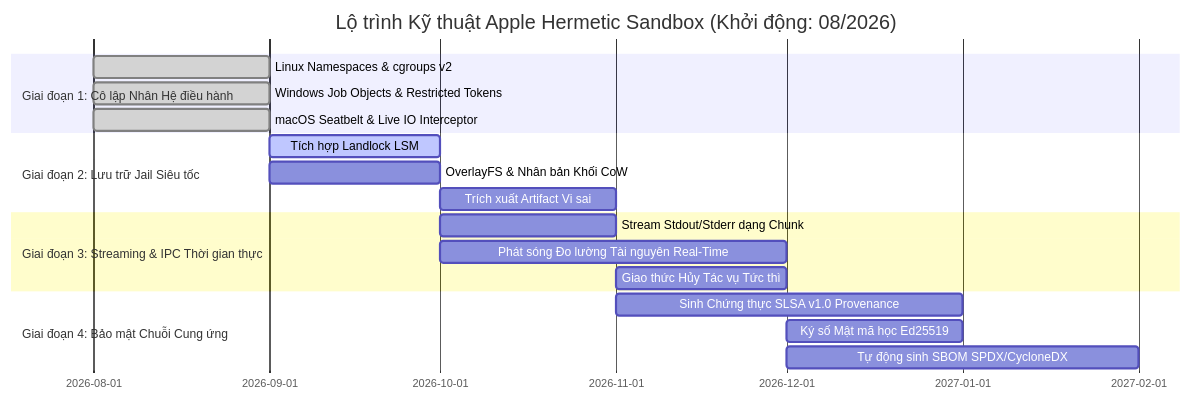
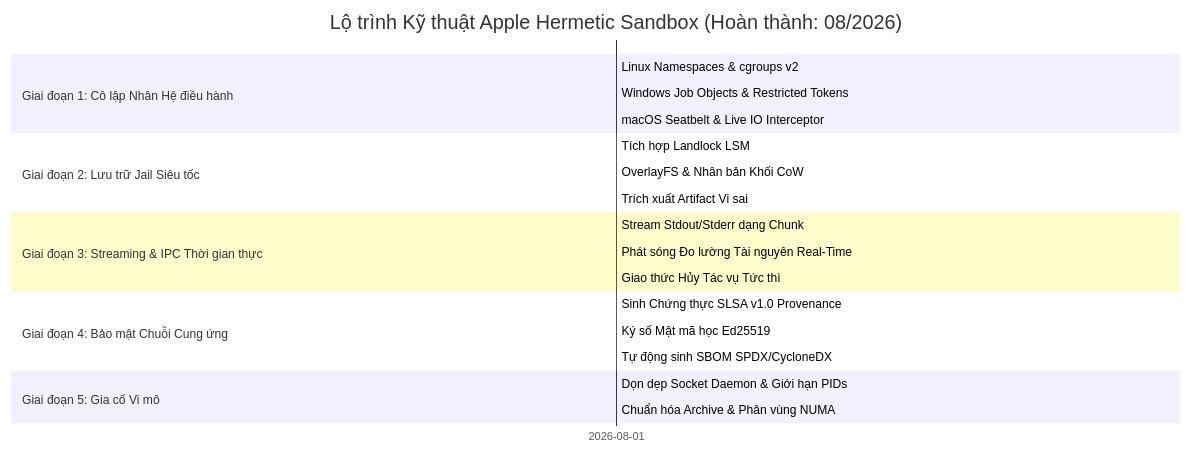
Before and after one commit to requla11/apple: the diagram in docs/vi/ROADMAP.md, drawn with Mermaid. The commit also changed other lines of this file and 4 other files, not shown here.

Commit message:
docs: mark all roadmap phases as 100% completed across all 5 languages

````diff
--- a/docs/vi/ROADMAP.md
+++ b/docs/vi/ROADMAP.md
@@ -18,21 +18,24 @@
 ```mermaid
 gantt
-    title Lộ trình Kỹ thuật Apple Hermetic Sandbox (Khởi động: 08/2026)
+    title Lộ trình Kỹ thuật Apple Hermetic Sandbox (Hoàn thành: 08/2026)
     dateFormat  YYYY-MM
     section Giai đoạn 1: Cô lập Nhân Hệ điều hành
-    Linux Namespaces & cgroups v2           :done,    des1, 2026-08, 2026-09
-    Windows Job Objects & Restricted Tokens  :done,    des2, 2026-08, 2026-09
-    macOS Seatbelt & Live IO Interceptor     :done,    des3, 2026-08, 2026-09
+    Linux Namespaces & cgroups v2           :done,    des1, 2026-08, 2026-08
+    Windows Job Objects & Restricted Tokens  :done,    des2, 2026-08, 2026-08
+    macOS Seatbelt & Live IO Interceptor     :done,    des3, 2026-08, 2026-08
     section Giai đoạn 2: Lưu trữ Jail Siêu tốc
-    Tích hợp Landlock LSM                  :active,  des4, 2026-09, 2026-10
-    OverlayFS & Nhân bản Khối CoW           :         des5, 2026-09, 2026-10
-    Trích xuất Artifact Vi sai              :         des6, 2026-10, 2026-11
+    Tích hợp Landlock LSM                  :done,    des4, 2026-08, 2026-08
+    OverlayFS & Nhân bản Khối CoW           :done,    des5, 2026-08, 2026-08
+    Trích xuất Artifact Vi sai              :done,    des6, 2026-08, 2026-08
     section Giai đoạn 3: Streaming & IPC Thời gian thực
-    Stream Stdout/Stderr dạng Chunk         :         des7, 2026-10, 2026-11
-    Phát sóng Đo lường Tài nguyên Real-Time :         des8, 2026-10, 2026-12
-    Giao thức Hủy Tác vụ Tức thì           :         des9, 2026-11, 2026-12
+    Stream Stdout/Stderr dạng Chunk         :done,    des7, 2026-08, 2026-08
+    Phát sóng Đo lường Tài nguyên Real-Time :done,    des8, 2026-08, 2026-08
+    Giao thức Hủy Tác vụ Tức thì           :done,    des9, 2026-08, 2026-08
     section Giai đoạn 4: Bảo mật Chuỗi Cung ứng
-    Sinh Chứng thực SLSA v1.0 Provenance    :         des10, 2026-11, 2027-01
-    Ký số Mật mã học Ed25519                :         des11, 2026-12, 2027-01
-    Tự động sinh SBOM SPDX/CycloneDX        :         des12, 2026-12, 2027-02
+    Sinh Chứng thực SLSA v1.0 Provenance    :done,    des10, 2026-08, 2026-08
+    Ký số Mật mã học Ed25519                :done,    des11, 2026-08, 2026-08
+    Tự động sinh SBOM SPDX/CycloneDX        :done,    des12, 2026-08, 2026-08
+    section Giai đoạn 5: Gia cố Vi mô
+    Dọn dẹp Socket Daemon & Giới hạn PIDs   :done,    des13, 2026-08, 2026-08
+    Chuẩn hóa Archive & Phân vùng NUMA      :done,    des14, 2026-08, 2026-08
 ```
````
